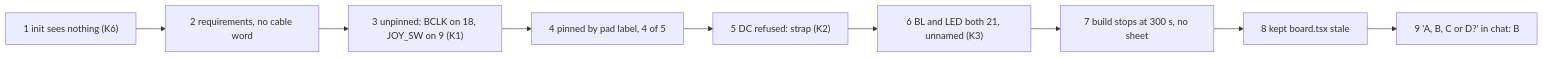
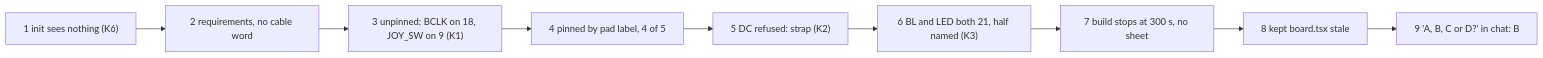
The second of 5 diagrams in docs/discovery/2026-11-07-p663-pin-conflicts/jobs-and-journeys.md (xmejkal/spark), drawn with Mermaid before and after one commit. The commit also changed other lines of this file and 6 other files, not shown here.

````diff
--- a/docs/discovery/2026-11-07-p663-pin-conflicts/jobs-and-journeys.md
+++ b/docs/discovery/2026-11-07-p663-pin-conflicts/jobs-and-journeys.md
@@ -76,6 +76,6 @@
 ```mermaid
 flowchart LR
   b1["1 init sees nothing (K6)"] --> b2["2 requirements, no cable word"] --> b3["3 unpinned: BCLK on 18, JOY_SW on 9 (K1)"]
-  b3 --> b4["4 pinned by pad label, 4 of 5"] --> b5["5 DC refused: strap (K2)"] --> b6["6 BL and LED both 21, unnamed (K3)"]
+  b3 --> b4["4 pinned by pad label, 4 of 5"] --> b5["5 DC refused: strap (K2)"] --> b6["6 BL and LED both 21, half named (K3)"]
   b6 --> b7["7 build stops at 300 s, no sheet"] --> b8["8 kept board.tsx stale"] --> b9["9 'A, B, C or D?' in chat: B"]
 ```
````
